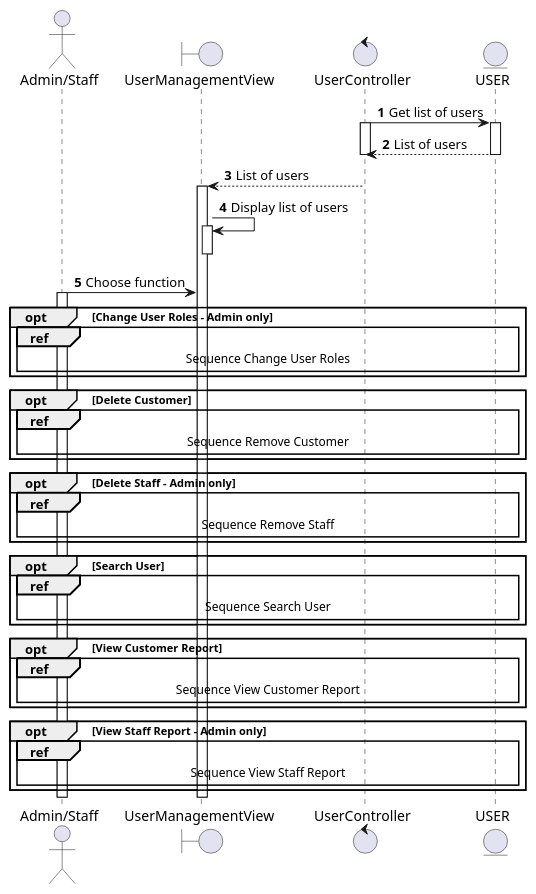
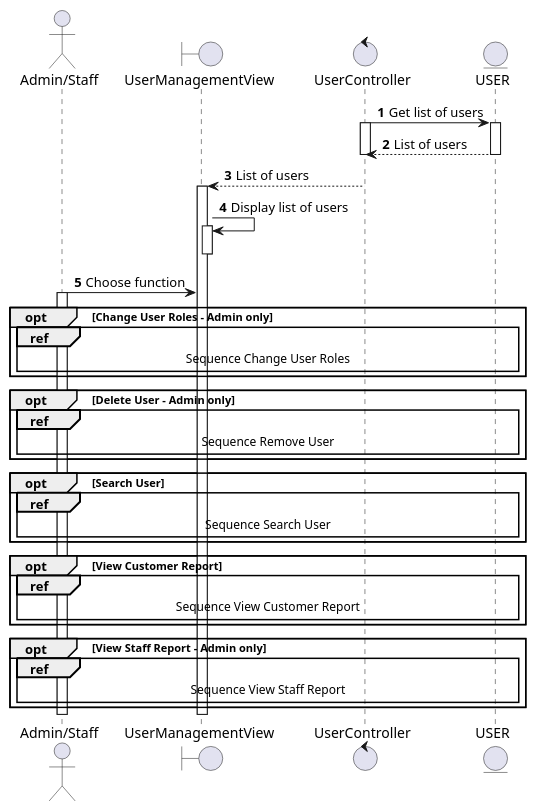
One commit to electricilies/electricilies.github.io changed the diagram in docs/docs/sequence/manage-user/manage-user.md. Above: the diagram before and after it, drawn with PlantUML. The commit also changed 9 other files, not shown here.

Commit message:
refactor: merge delete-staff delete-customer into delete-user, and some changes

````diff
--- a/docs/docs/sequence/manage-user/manage-user.md
+++ b/docs/docs/sequence/manage-user/manage-user.md
@@ -3,52 +3,48 @@
 ```plantuml
 @startuml
 autonumber
 
 actor "Admin/Staff" as AS
 boundary UserManagementView as UMV
 control UserController as UC
 entity USER as U
 
 UC -> U: Get list of users
 activate UC
 activate U
 UC <-- U: List of users
 deactivate U
 deactivate UC
 UMV <-- UC: List of users
 activate UMV
 UMV -> UMV: Display list of users
 activate UMV
 deactivate UMV
 AS -> UMV: Choose function
 activate AS
 
 opt Change User Roles - Admin only
   ref over AS, U: Sequence Change User Roles
 end
 
-opt Delete Customer
-  ref over AS, U: Sequence Remove Customer
-end
-
-opt Delete Staff - Admin only
-  ref over AS, U: Sequence Remove Staff
+opt Delete User - Admin only
+  ref over AS, U: Sequence Remove User
 end
 
 opt Search User
   ref over AS, U: Sequence Search User
 end
 
 opt View Customer Report
   ref over AS, U: Sequence View Customer Report
 end
 
 opt View Staff Report - Admin only
   ref over AS, U: Sequence View Staff Report
 end
 
 deactivate UMV
 deactivate AS
 
 @enduml
 ```
````
